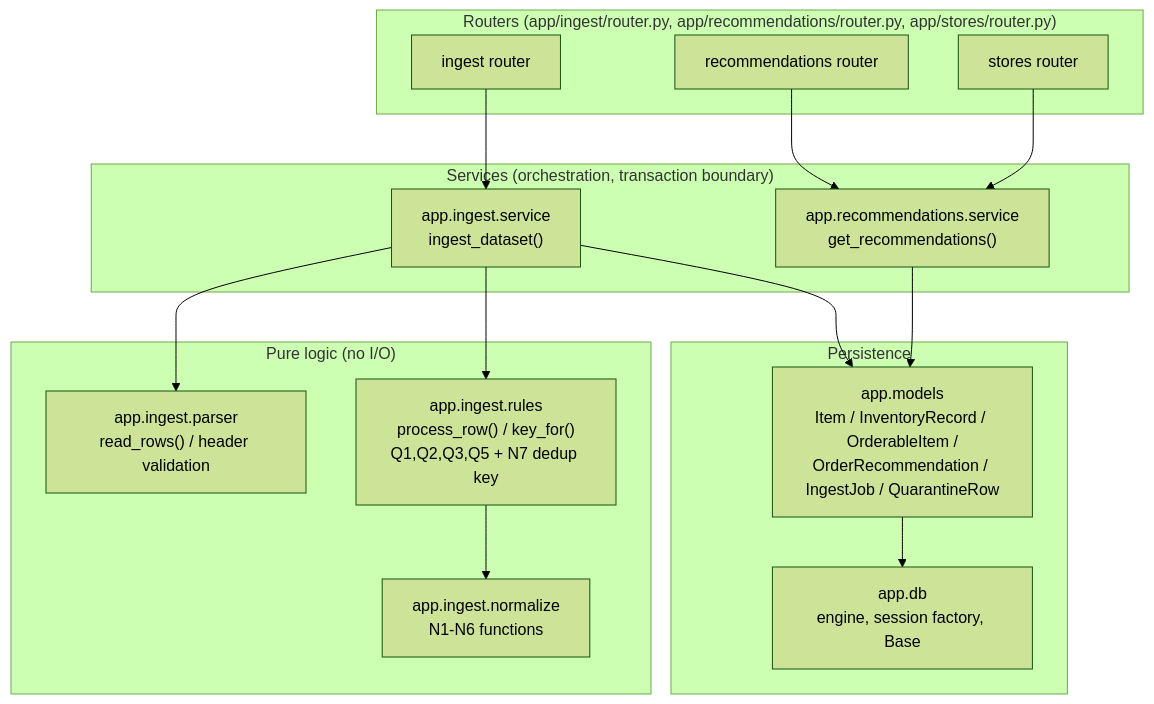
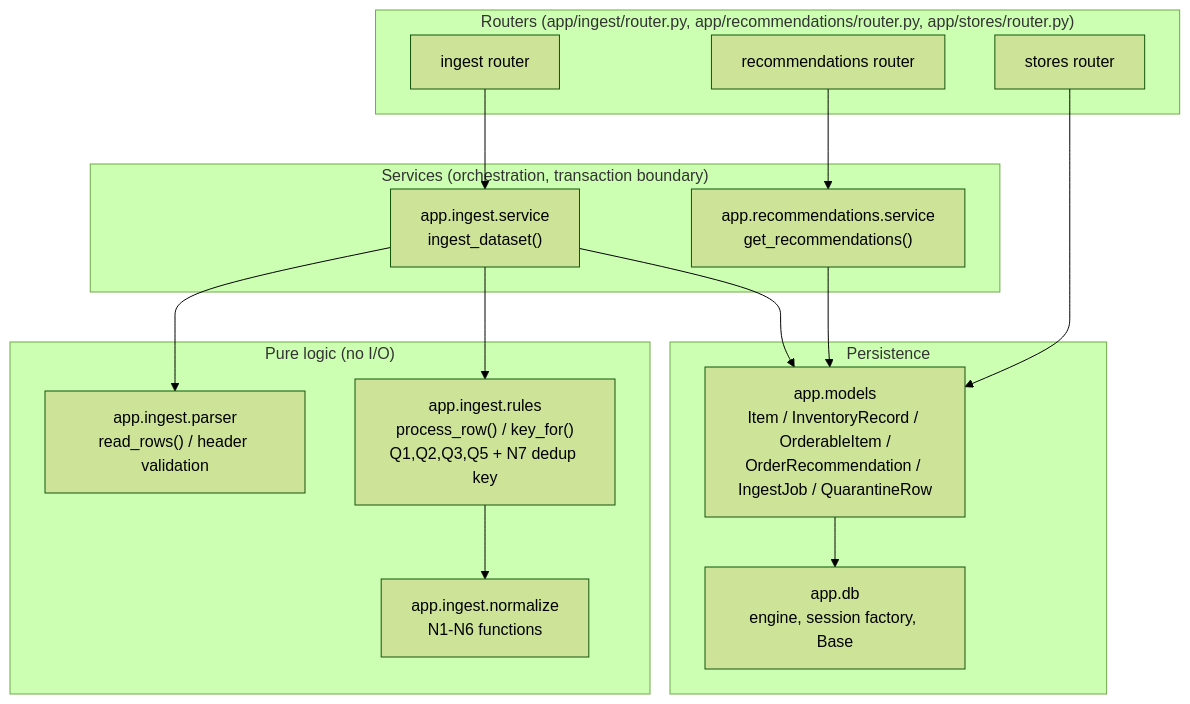
One commit to andizink/freshflow-service changed the second of 5 diagrams in docs/ARCHITECTURE.md. Above: the diagram before and after it, drawn with Mermaid (forest theme). The commit also changed 19 other files, not shown here.

````diff
--- a/docs/ARCHITECTURE.md
+++ b/docs/ARCHITECTURE.md
@@ -67,36 +67,36 @@
 ```mermaid
 flowchart TD
     subgraph routers["Routers (app/ingest/router.py, app/recommendations/router.py, app/stores/router.py)"]
         ingest_router["ingest router"]
         rec_router["recommendations router"]
         stores_router["stores router"]
     end
 
     subgraph services["Services (orchestration, transaction boundary)"]
         ingest_service["app.ingest.service\ningest_dataset()"]
         rec_service["app.recommendations.service\nget_recommendations()"]
     end
 
     subgraph pure["Pure logic (no I/O)"]
         parser["app.ingest.parser\nread_rows() / header validation"]
         normalize["app.ingest.normalize\nN1-N6 functions"]
         rules["app.ingest.rules\nprocess_row() / key_for()\nQ1,Q2,Q3,Q5 + N7 dedup key"]
     end
 
     subgraph persistence["Persistence"]
         models["app.models\nItem / InventoryRecord / OrderableItem /\nOrderRecommendation / IngestJob / QuarantineRow"]
         db["app.db\nengine, session factory, Base"]
     end
 
     ingest_router --> ingest_service
     rec_router --> rec_service
-    stores_router --> rec_service
+    stores_router --> models
 
     ingest_service --> parser
     ingest_service --> rules
     rules --> normalize
     ingest_service --> models
 
     rec_service --> models
     models --> db
 ```
````
